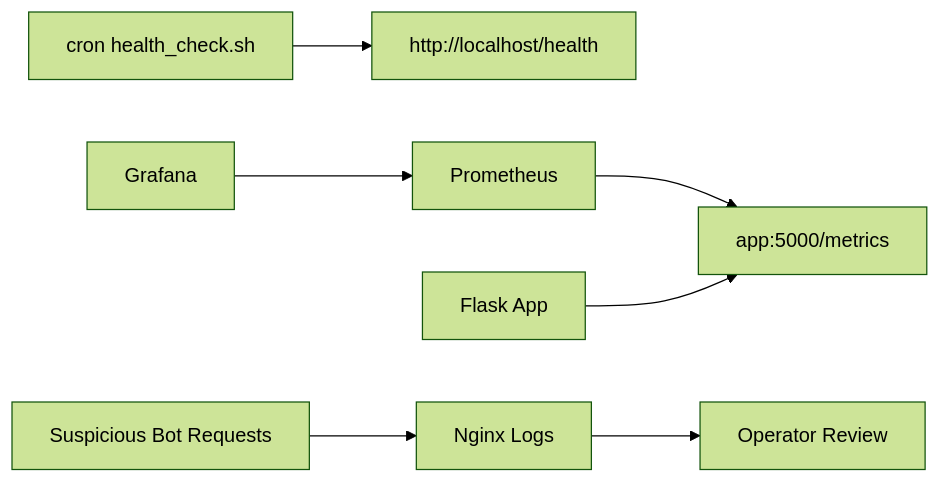
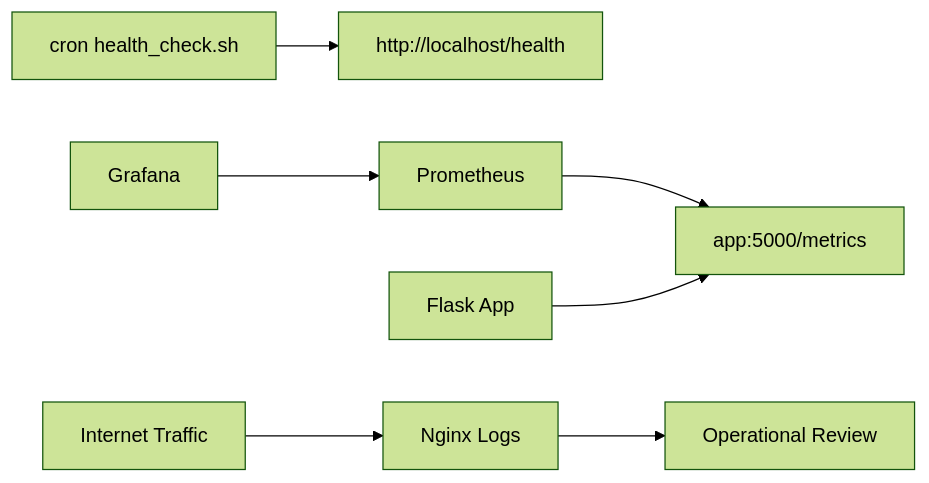
One commit to a0527645787-oss/world-cup-seat-booking-devops changed the seventh of 8 diagrams in docs/project-book.md. Above: the diagram before and after it, drawn with Mermaid (forest theme). The commit also changed other lines of this file and 1 other file, not shown here.

````diff
--- a/docs/project-book.md
+++ b/docs/project-book.md
@@ -269,9 +716,9 @@
 ```mermaid
 flowchart LR
-    HealthScript["cron health_check.sh"] --> Health["http://localhost/health"]
+    Cron["cron health_check.sh"] --> Health["http://localhost/health"]
     Prometheus["Prometheus"] --> Metrics["app:5000/metrics"]
     Flask["Flask App"] --> Metrics
     Grafana["Grafana"] --> Prometheus
-    NginxLogs["Nginx Logs"] --> Operator["Operator Review"]
-    BotTraffic["Suspicious Bot Requests"] --> NginxLogs
+    Internet["Internet Traffic"] --> Nginx["Nginx Logs"]
+    Nginx --> Operator["Operational Review"]
 ```
````
